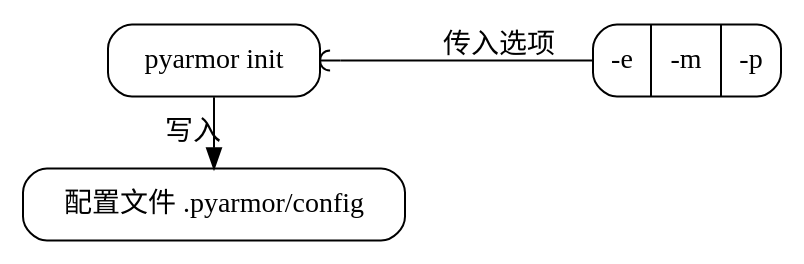
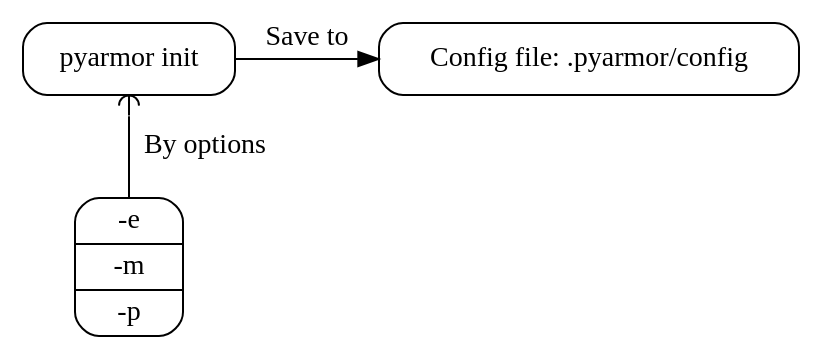
The second of 10 diagrams in pyarmor/learn/en/commands.rst (dashingsoft/dashingsoft.github.io), drawn with Graphviz before and after one commit. The commit also changed other lines of this file and 3 other files, not shown here.

```diff
--- a/pyarmor/learn/en/commands.rst
+++ b/pyarmor/learn/en/commands.rst
@@ -45,17 +44,16 @@
 .. graphviz::
-   :caption: 增加脚本/模块/包到工程
+   :caption: Append Project Item
    :align: center
    :name: g-append-project-item
 
    digraph G {
       node [shape=box, style=rounded, target="_top"]
-      rankdir=LR
 
       opts [shape=record
             label="{-e|-m|-p}"]
       init [label="pyarmor init"]
-      conf [label="配置文件 .pyarmor/config"]
+      conf [label="Config file: .pyarmor/config"]
 
-      init -> opts [label="传入选项" dir=back arrowtail=curve]
-      rank=same { init -> conf [label="写入"] }
+      init -> opts [label="By options" dir=back arrowtail=curve]
+      rank=same { init -> conf [label="Save to"] }
    }
```
